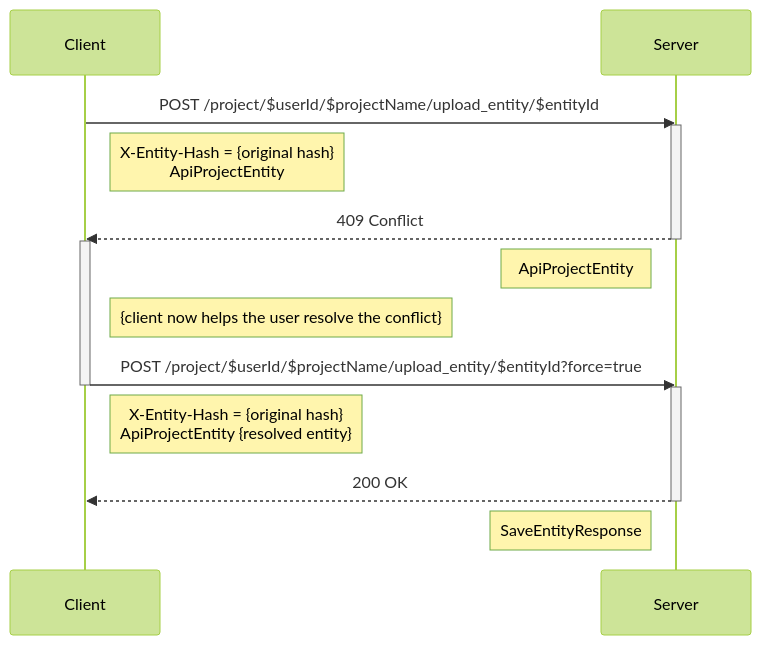
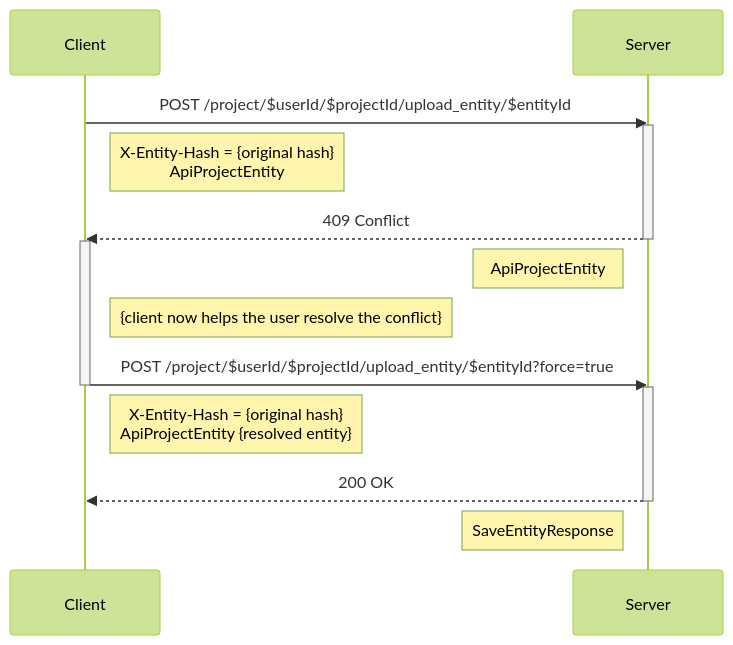
The seventh of 10 diagrams in docs/SYNCING-PROTOCOL.md (Darkrock-Studios/hammer-editor), drawn with Mermaid (forest theme) before and after one commit. The commit also changed other lines of this file and 33 other files, not shown here.

````diff
--- a/docs/SYNCING-PROTOCOL.md
+++ b/docs/SYNCING-PROTOCOL.md
@@ -342,25 +342,25 @@
 ```mermaid
 sequenceDiagram
     participant Client
     participant Server
 
-    Client->>Server: POST /project/$userId/$projectName/upload_entity/$entityId
+    Client->>Server: POST /project/$userId/$projectId/upload_entity/$entityId
 	activate Server
 	Note right of Client: X-Entity-Hash = {original hash} <br /> ApiProjectEntity
 
 	Server -->> Client: 409 Conflict
 	deactivate Server
 	activate Client
 	Note left of Server: ApiProjectEntity
 
 	Note right of Client: {client now helps the user resolve the conflict}
-	Client->>Server: POST /project/$userId/$projectName/upload_entity/$entityId?force=true
+	Client->>Server: POST /project/$userId/$projectId/upload_entity/$entityId?force=true
 	deactivate Client
 	activate Server
 	Note right of Client: X-Entity-Hash = {original hash} <br /> ApiProjectEntity {resolved entity}
 
 	Server -->> Client: 200 OK
 	deactivate Server
 	activate Client
 	Note left of Server: SaveEntityResponse
 ```
````
